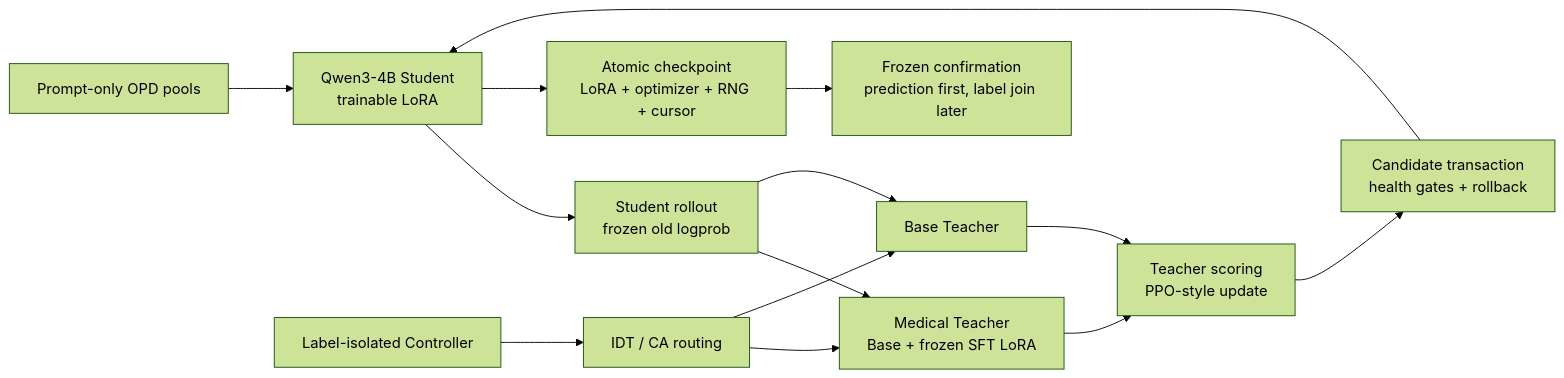
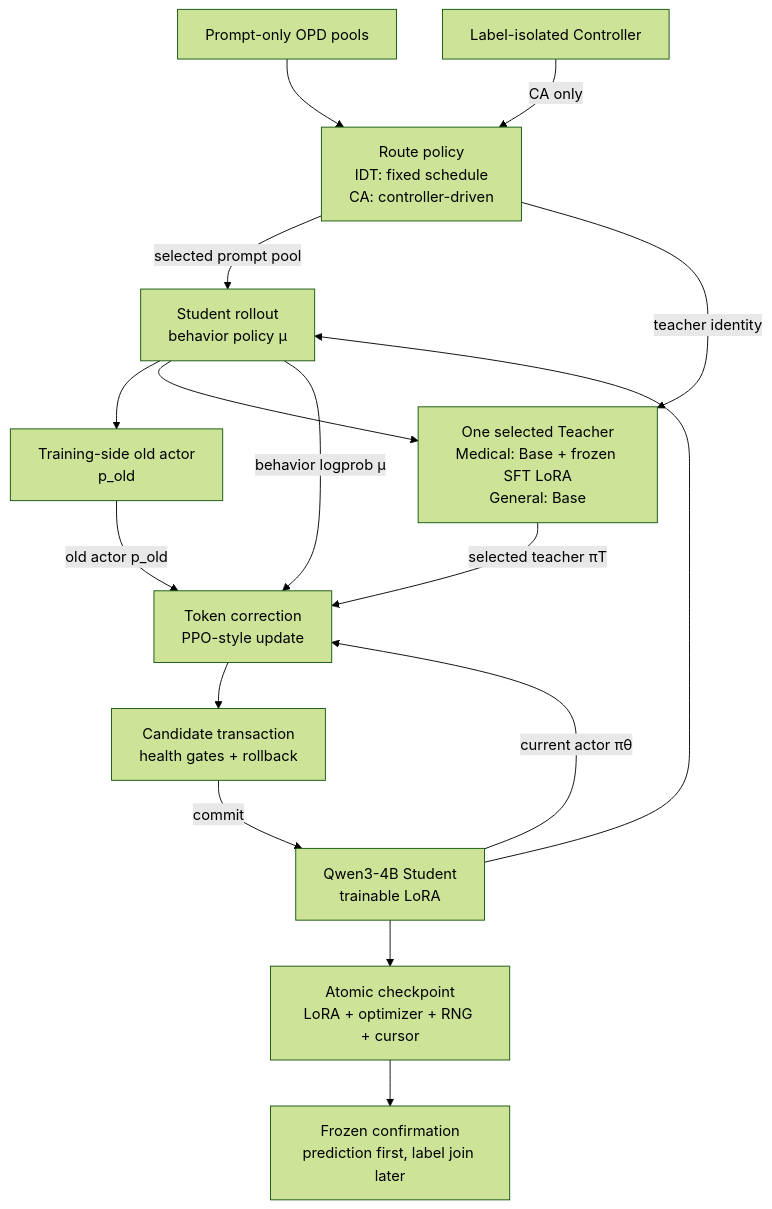
The diagram in README.md (Silkbamboo/CA-OPD-MedicalGPT), drawn with Mermaid (forest theme) before and after one commit. The commit also changed other lines of this file, not shown here.

````diff
--- a/README.md
+++ b/README.md
@@ -97,16 +194,18 @@
 ```mermaid
-flowchart LR
-    DATA["Prompt-only OPD pools"] --> STUDENT["Qwen3-4B Student\ntrainable LoRA"]
-    STUDENT --> ROLLOUT["Student rollout\nfrozen old logprob"]
-    ROLLOUT --> MED["Medical Teacher\nBase + frozen SFT LoRA"]
-    ROLLOUT --> BASE["Base Teacher"]
-    MED --> UPDATE["Teacher scoring\nPPO-style update"]
-    BASE --> UPDATE
-    UPDATE --> TX["Candidate transaction\nhealth gates + rollback"]
-    TX --> STUDENT
-    CTRL["Label-isolated Controller"] --> ROUTER["IDT / CA routing"]
-    ROUTER --> MED
-    ROUTER --> BASE
-    STUDENT --> CKPT["Atomic checkpoint\nLoRA + optimizer + RNG + cursor"]
-    CKPT --> CONFIRM["Frozen confirmation\nprediction first, label join later"]
+flowchart TB
+    DATA["Prompt-only OPD pools"] --> ROUTE["Route policy<br/>IDT: fixed schedule<br/>CA: controller-driven"]
+    CTRL["Label-isolated Controller"] -->|CA only| ROUTE
+    ROUTE -->|selected prompt pool| ROLLOUT["Student rollout<br/>behavior policy μ"]
+    ROUTE -->|teacher identity| TEACHER["One selected Teacher<br/>Medical: Base + frozen SFT LoRA<br/>General: Base"]
+    STUDENT["Qwen3-4B Student<br/>trainable LoRA"] --> ROLLOUT
+    ROLLOUT --> OLD["Training-side old actor<br/>p_old"]
+    ROLLOUT --> TEACHER
+    ROLLOUT -->|behavior logprob μ| UPDATE["Token correction<br/>PPO-style update"]
+    OLD -->|old actor p_old| UPDATE
+    STUDENT -->|current actor πθ| UPDATE
+    TEACHER -->|selected teacher πT| UPDATE
+    UPDATE --> TX["Candidate transaction<br/>health gates + rollback"]
+    TX -->|commit| STUDENT
+    STUDENT --> CKPT["Atomic checkpoint<br/>LoRA + optimizer + RNG + cursor"]
+    CKPT --> CONFIRM["Frozen confirmation<br/>prediction first, label join later"]
 ```
````
